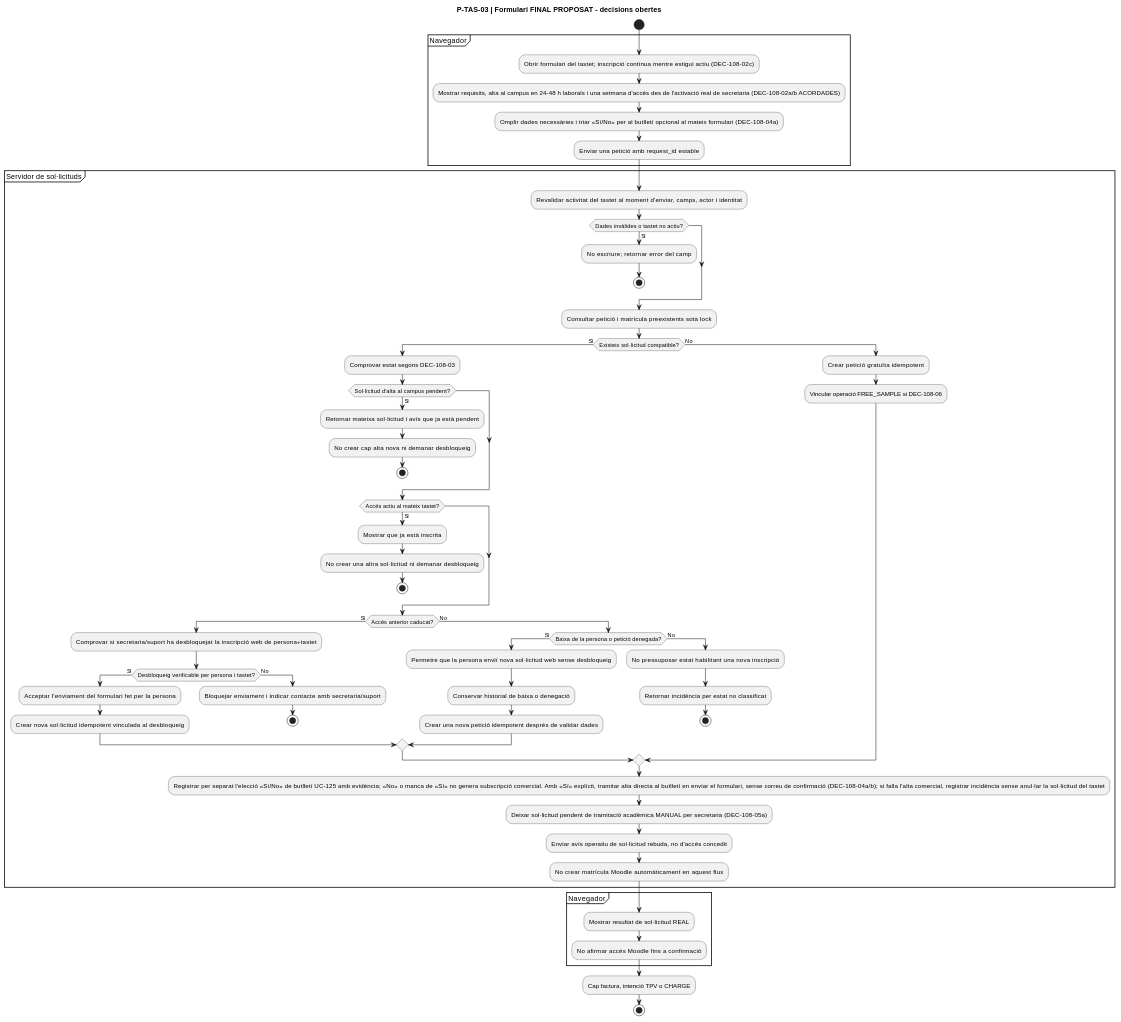
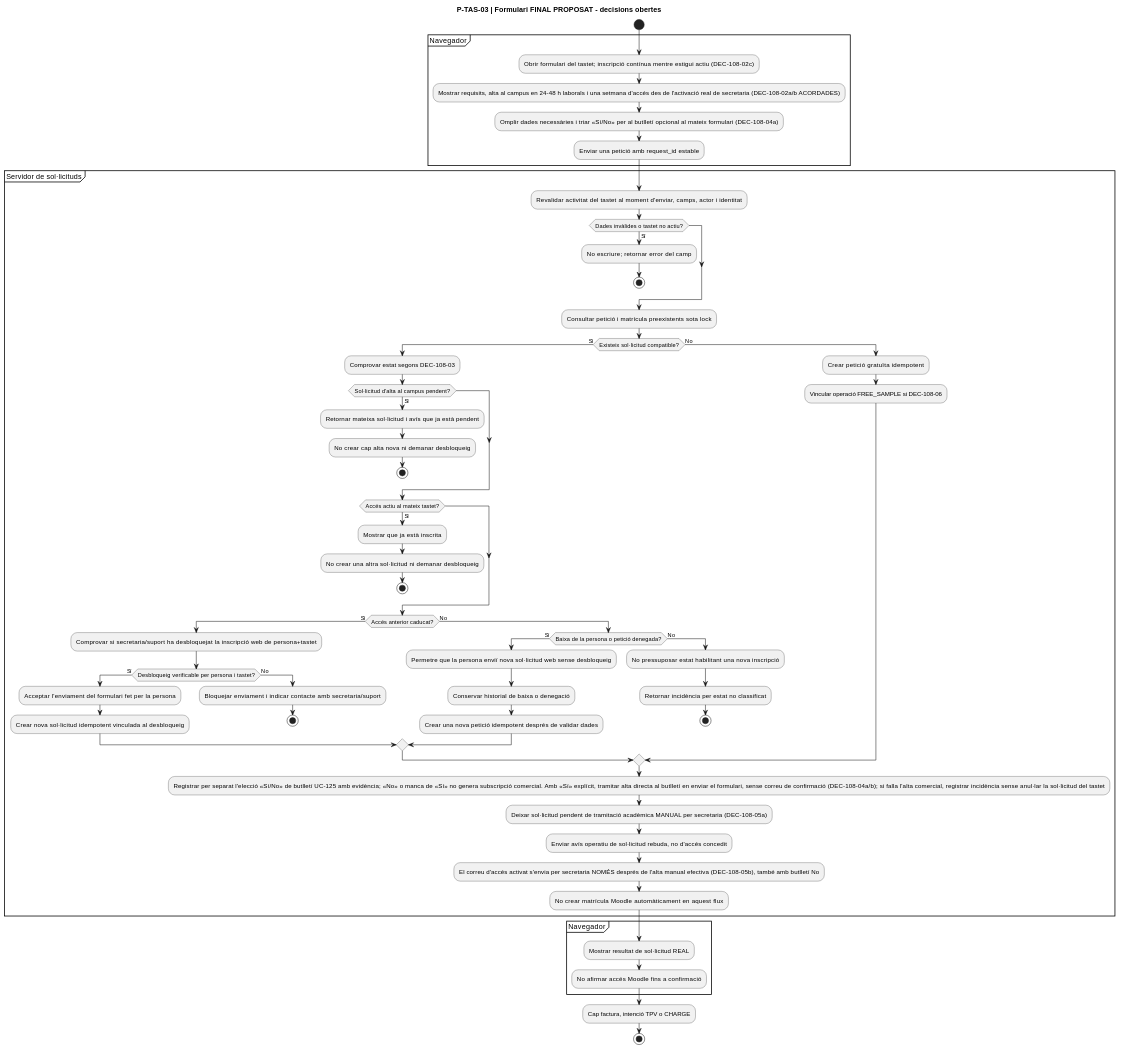
Diagram 16 of 32 in documentacio/07-uml-integrat/uc-108-activitats-pagines-tastets-actual-final.md (orgmeriemprismacat-del/verifactu), drawn with PlantUML before and after one commit. The commit also changed other lines of this file, not shown here.

Commit message:
docs(uml uc-108): add operational access email after manual activation independent of newsletter

````diff
--- a/documentacio/07-uml-integrat/uc-108-activitats-pagines-tastets-actual-final.md
+++ b/documentacio/07-uml-integrat/uc-108-activitats-pagines-tastets-actual-final.md
@@ -367,66 +367,67 @@
 ```plantuml
 @startuml
 title P-TAS-03 | Formulari FINAL PROPOSAT - decisions obertes
 start
 partition "Navegador" {
   :Obrir formulari del tastet; inscripció contínua mentre estigui actiu (DEC-108-02c);
   :Mostrar requisits, alta al campus en 24–48 h laborals i una setmana d'accés des de l'activació real de secretaria (DEC-108-02a/b ACORDADES);
   :Omplir dades necessàries i triar «Sí/No» per al butlletí opcional al mateix formulari (DEC-108-04a);
   :Enviar una petició amb request_id estable;
 }
 partition "Servidor de sol·licituds" {
   :Revalidar activitat del tastet al moment d'enviar, camps, actor i identitat;
   if (Dades invàlides o tastet no actiu?) then (Sí)
     :No escriure; retornar error del camp;
     stop
   endif
   :Consultar petició i matrícula preexistents sota lock;
   if (Existeix sol·licitud compatible?) then (Sí)
     :Comprovar estat segons DEC-108-03;
     if (Sol·licitud d'alta al campus pendent?) then (Sí)
       :Retornar mateixa sol·licitud i avís que ja està pendent;
       :No crear cap alta nova ni demanar desbloqueig;
       stop
     endif
     if (Accés actiu al mateix tastet?) then (Sí)
       :Mostrar que ja està inscrita;
       :No crear una altra sol·licitud ni demanar desbloqueig;
       stop
     endif
     if (Accés anterior caducat?) then (Sí)
       :Comprovar si secretaria/suport ha desbloquejat la inscripció web de persona+tastet;
       if (Desbloqueig verificable per persona i tastet?) then (Sí)
         :Acceptar l'enviament del formulari fet per la persona;
         :Crear nova sol·licitud idempotent vinculada al desbloqueig;
       else (No)
         :Bloquejar enviament i indicar contacte amb secretaria/suport;
         stop
       endif
     else (No)
       if (Baixa de la persona o petició denegada?) then (Sí)
         :Permetre que la persona enviï nova sol·licitud web sense desbloqueig;
         :Conservar historial de baixa o denegació;
         :Crear una nova petició idempotent després de validar dades;
       else (No)
         :No pressuposar estat habilitant una nova inscripció;
         :Retornar incidència per estat no classificat;
         stop
       endif
     endif
   else (No)
     :Crear petició gratuïta idempotent;
     :Vincular operació FREE_SAMPLE si DEC-108-06;
   endif
   :Registrar per separat l'elecció «Sí/No» de butlletí UC-125 amb evidència; «No» o manca de «Sí» no genera subscripció comercial. Amb «Sí» explícit, tramitar alta directa al butlletí en enviar el formulari, sense correu de confirmació (DEC-108-04a/b); si falla l'alta comercial, registrar incidència sense anul·lar la sol·licitud del tastet;
   :Deixar sol·licitud pendent de tramitació acadèmica MANUAL per secretaria (DEC-108-05a);
   :Enviar avís operatiu de sol·licitud rebuda, no d'accés concedit;
+  :El correu d'accés activat s'envia per secretaria NOMÉS després de l'alta manual efectiva (DEC-108-05b), també amb butlletí No;
   :No crear matrícula Moodle automàticament en aquest flux;
 }
 partition "Navegador" {
   :Mostrar resultat de sol·licitud REAL;
   :No afirmar accés Moodle fins a confirmació;
 }
 :Cap factura, intenció TPV o CHARGE;
 stop
 @enduml
 ```
````
